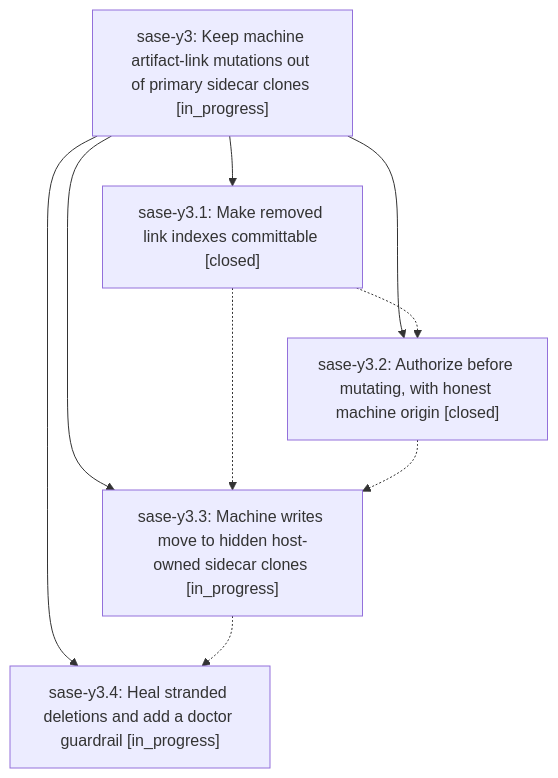
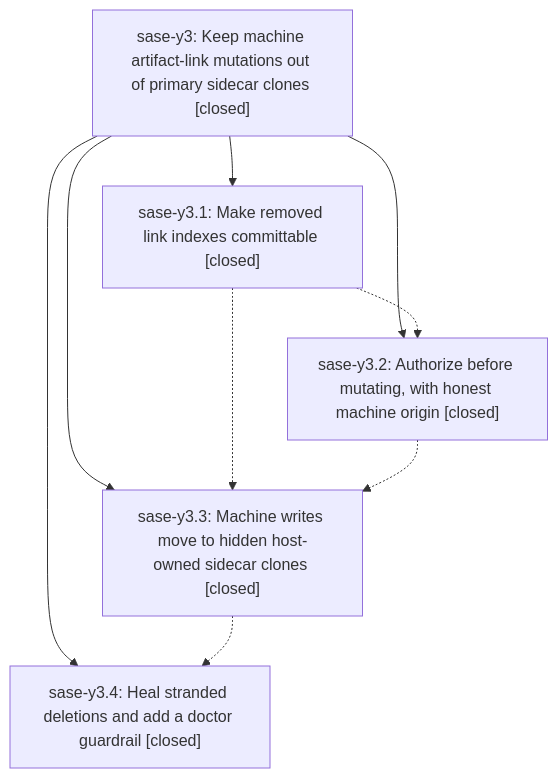
Before and after one commit to sase-org/sase--beads: the diagram in pages/sase-y3/README.md, drawn with Mermaid. The commit also changed other lines of this file and 4 other files, not shown here.

````diff
--- a/pages/sase-y3/README.md
+++ b/pages/sase-y3/README.md
@@ -37,16 +73,16 @@
 ```mermaid
 flowchart TD
-    n0["sase-y3: Keep machine artifact-link mutations out of primary sidecar clones [in_progress]"]
+    n0["sase-y3: Keep machine artifact-link mutations out of primary sidecar clones [closed]"]
     n1["sase-y3.1: Make removed link indexes committable [closed]"]
     n2["sase-y3.2: Authorize before mutating, with honest machine origin [closed]"]
-    n3["sase-y3.3: Machine writes move to hidden host-owned sidecar clones [in_progress]"]
-    n4["sase-y3.4: Heal stranded deletions and add a doctor guardrail [in_progress]"]
+    n3["sase-y3.3: Machine writes move to hidden host-owned sidecar clones [closed]"]
+    n4["sase-y3.4: Heal stranded deletions and add a doctor guardrail [closed]"]
     n0 --> n1
     n0 --> n2
     n0 --> n3
     n0 --> n4
     n1 -.-> n2
     n1 -.-> n3
     n2 -.-> n3
     n3 -.-> n4
 ```
````
